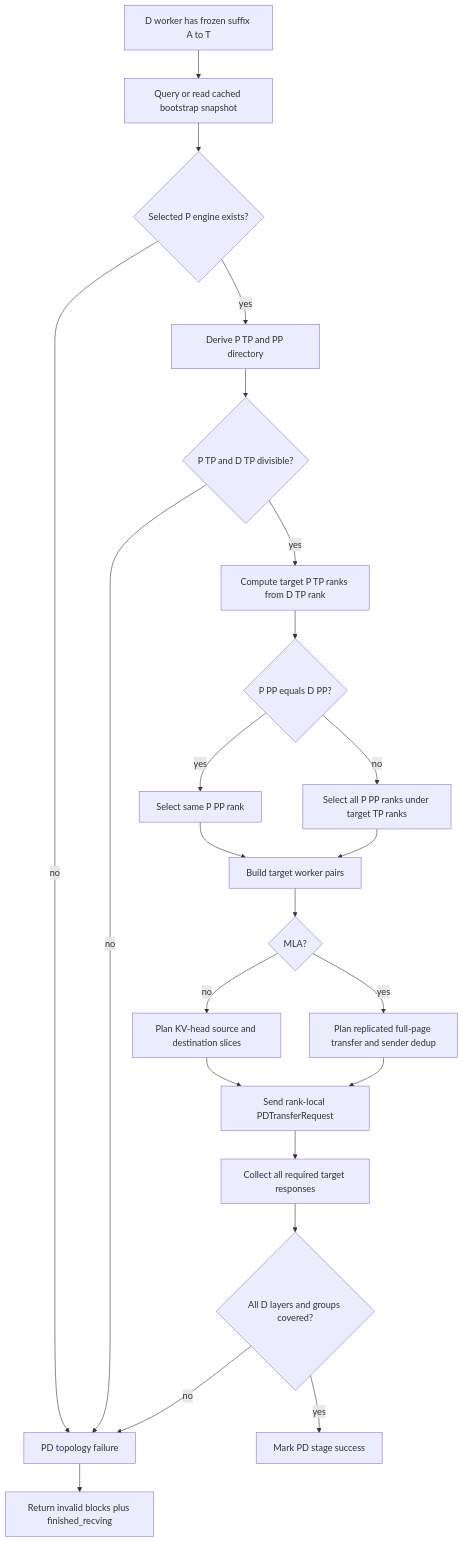
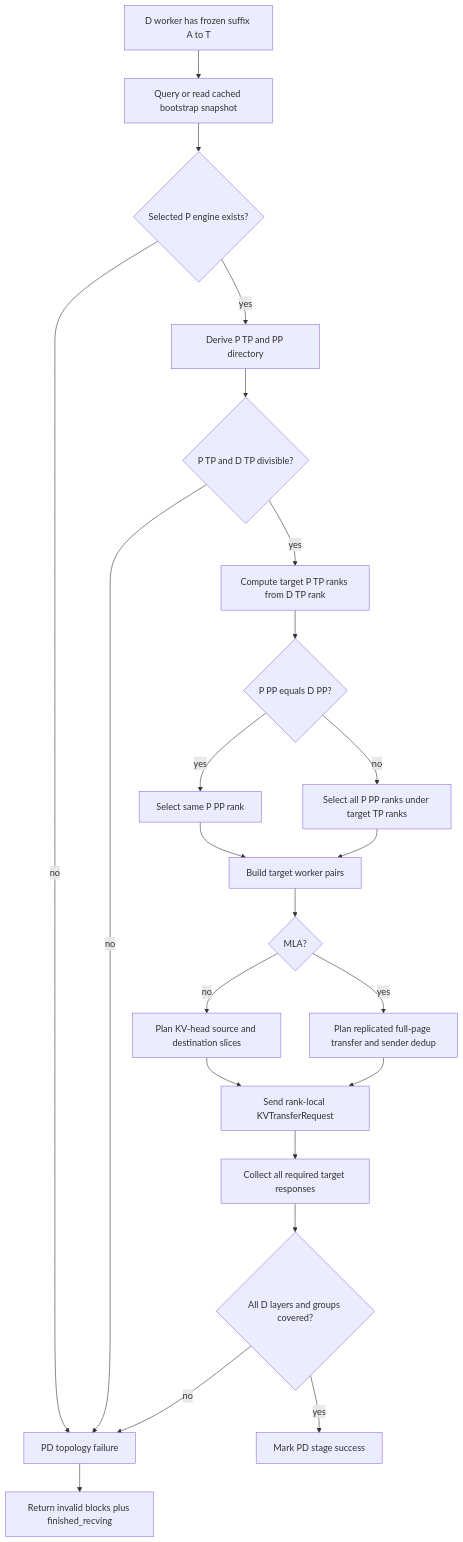
One commit to WangSu-X/MTSC changed the fifth of 6 diagrams in docs/design/S03-decode设计.md. Above: the diagram before and after it, drawn with Mermaid. The commit also changed other lines of this file and 16 other files, not shown here.

````diff
--- a/docs/design/S03-decode设计.md
+++ b/docs/design/S03-decode设计.md
@@ -955,25 +948,25 @@
 ```mermaid
 flowchart TD
     A[D worker has frozen suffix A to T] --> B[Query or read cached bootstrap snapshot]
     B --> C{Selected P engine exists?}
     C -->|no| X[PD topology failure]
     C -->|yes| D[Derive P TP and PP directory]
     D --> E{P TP and D TP divisible?}
     E -->|no| X
     E -->|yes| F[Compute target P TP ranks from D TP rank]
     F --> G{P PP equals D PP?}
     G -->|yes| H[Select same P PP rank]
     G -->|no| I[Select all P PP ranks under target TP ranks]
     H --> J[Build target worker pairs]
     I --> J
     J --> K{MLA?}
     K -->|no| L[Plan KV-head source and destination slices]
     K -->|yes| M[Plan replicated full-page transfer and sender dedup]
-    L --> N[Send rank-local PDTransferRequest]
+    L --> N[Send rank-local KVTransferRequest]
     M --> N
     N --> O[Collect all required target responses]
     O --> P{All D layers and groups covered?}
     P -->|yes| Q[Mark PD stage success]
     P -->|no| X
     X --> R[Return invalid blocks plus finished_recving]
 ```
````
